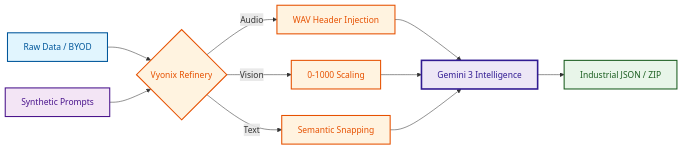
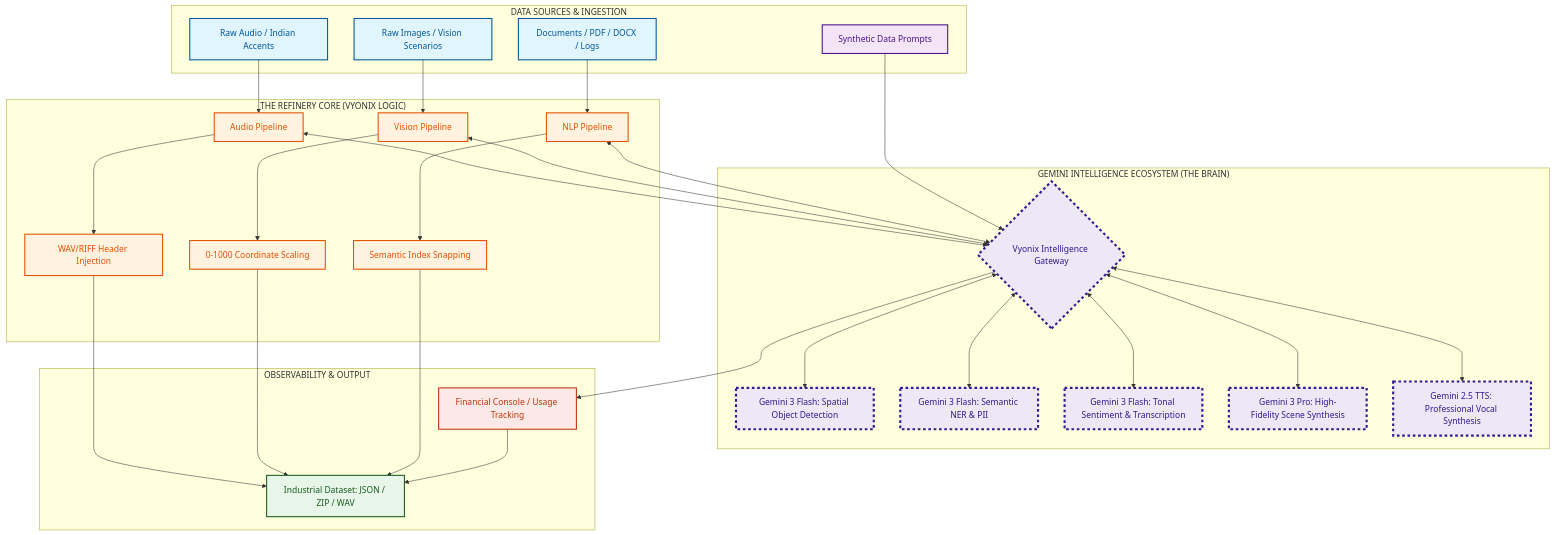
The diagram in README.md (inareshmatta/vyonix-ai-data-factory), drawn with Mermaid before and after one commit. The commit also changed other lines of this file, not shown here.

Commit message:
Final Power Update: Full Ecosystem Diagram with deep Gemini connections integrated into Master README

````diff
--- a/README.md
+++ b/README.md
@@ -17,19 +17,54 @@
 ```mermaid
-graph LR
+graph TD
     %% Styling
     classDef Ingestion fill:#e1f5fe,stroke:#01579b,stroke-width:2px,color:#01579b;
     classDef Synthesis fill:#f3e5f5,stroke:#4a148c,stroke-width:2px,color:#4a148c;
     classDef Refinery fill:#fff3e0,stroke:#e65100,stroke-width:2px,color:#e65100;
-    classDef Gemini fill:#ede7f6,stroke:#311b92,stroke-width:3px,color:#311b92;
+    classDef Gemini fill:#ede7f6,stroke:#311b92,stroke-width:4px,color:#311b92,stroke-dasharray: 5 5;
     classDef Output fill:#e8f5e9,stroke:#1b5e20,stroke-width:2px,color:#1b5e20;
+    classDef Financial fill:#fbe9e7,stroke:#bf360c,stroke-width:2px,color:#bf360c;
 
-    A[Raw Data / BYOD]:::Ingestion --> B{Vyonix Refinery}:::Refinery
-    S[Synthetic Prompts]:::Synthesis --> B
-    
-    B -->|Audio| C[WAV Header Injection]:::Refinery
-    B -->|Vision| D[0-1000 Scaling]:::Refinery
-    B -->|Text| E[Semantic Snapping]:::Refinery
-    
-    C & D & E --> G[Gemini 3 Intelligence]:::Gemini
-    G --> H[Industrial JSON / ZIP]:::Output
+    subgraph "DATA SOURCES & INGESTION"
+        BYOD_A[Raw Audio / Indian Accents]:::Ingestion
+        BYOD_V[Raw Images / Vision Scenarios]:::Ingestion
+        BYOD_T[Documents / PDF / DOCX / Logs]:::Ingestion
+        S_Prompts[Synthetic Data Prompts]:::Synthesis
+    end
+
+    subgraph "THE REFINERY CORE (VYONIX LOGIC)"
+        A_Pipe[Audio Pipeline]:::Refinery
+        V_Pipe[Vision Pipeline]:::Refinery
+        T_Pipe[NLP Pipeline]:::Refinery
+        
+        A_Pipe --> WAV[WAV/RIFF Header Injection]:::Refinery
+        V_Pipe --> Norm[0-1000 Coordinate Scaling]:::Refinery
+        T_Pipe --> Snap[Semantic Index Snapping]:::Refinery
+    end
+
+    subgraph "GEMINI INTELLIGENCE ECOSYSTEM (THE BRAIN)"
+        G_Hub{Vyonix Intelligence Gateway}:::Gemini
+        
+        %% Model Connections
+        G_Hub <--> G3F_V[Gemini 3 Flash: Spatial Object Detection]:::Gemini
+        G_Hub <--> G3F_N[Gemini 3 Flash: Semantic NER & PII]:::Gemini
+        G_Hub <--> G3F_A[Gemini 3 Flash: Tonal Sentiment & Transcription]:::Gemini
+        G_Hub <--> G3P[Gemini 3 Pro: High-Fidelity Scene Synthesis]:::Gemini
+        G_Hub <--> G25T[Gemini 2.5 TTS: Professional Vocal Synthesis]:::Gemini
+    end
+
+    subgraph "OBSERVABILITY & OUTPUT"
+        Fin[Financial Console / Usage Tracking]:::Financial
+        Res[Industrial Dataset: JSON / ZIP / WAV]:::Output
+    end
+
+    %% Global Connections
+    BYOD_A --> A_Pipe
+    BYOD_V --> V_Pipe
+    BYOD_T --> T_Pipe
+    S_Prompts --> G_Hub
+
+    A_Pipe & V_Pipe & T_Pipe <--> G_Hub
+    G_Hub --> Fin
+    WAV & Norm & Snap --> Res
+    Fin --> Res
 ```
````
